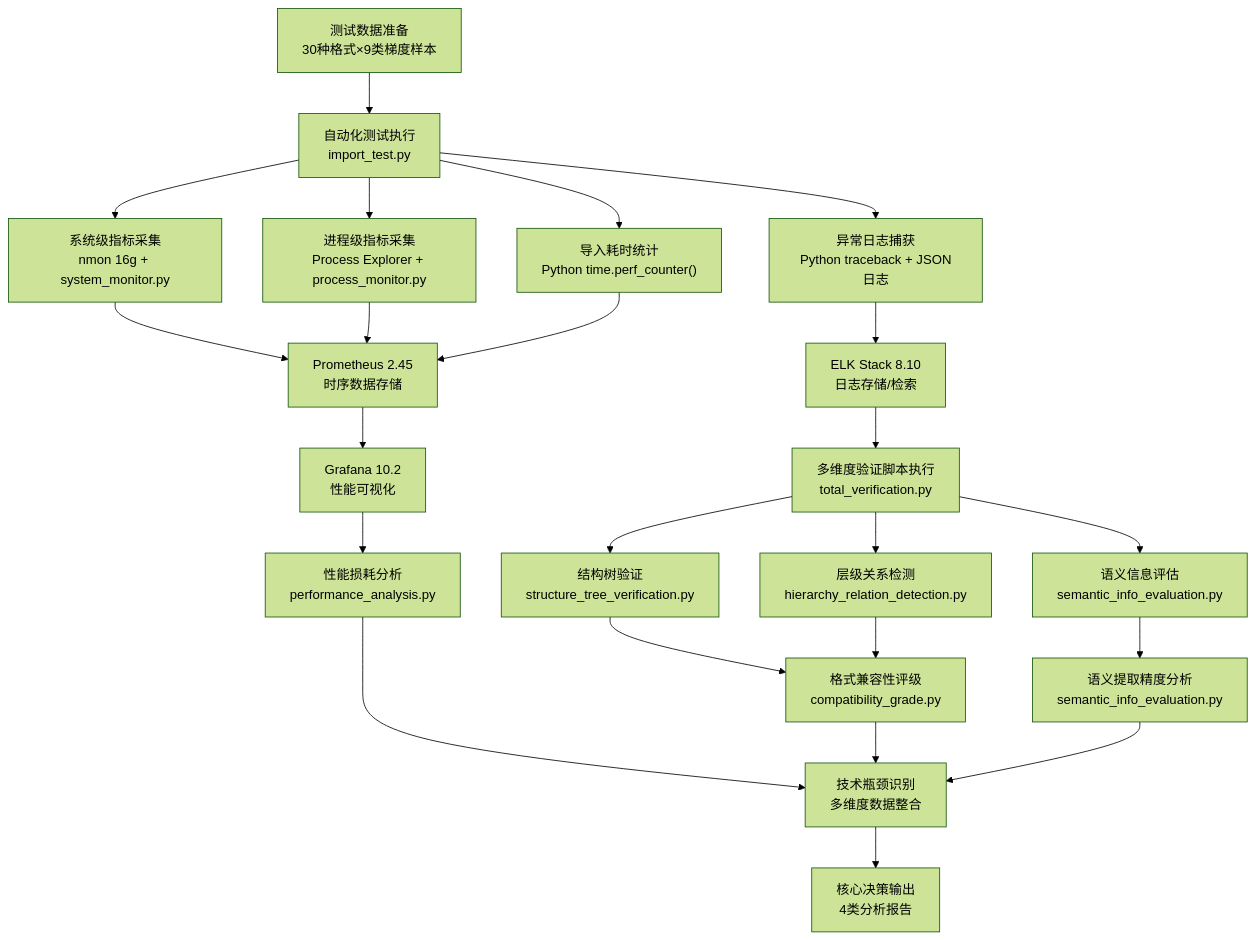
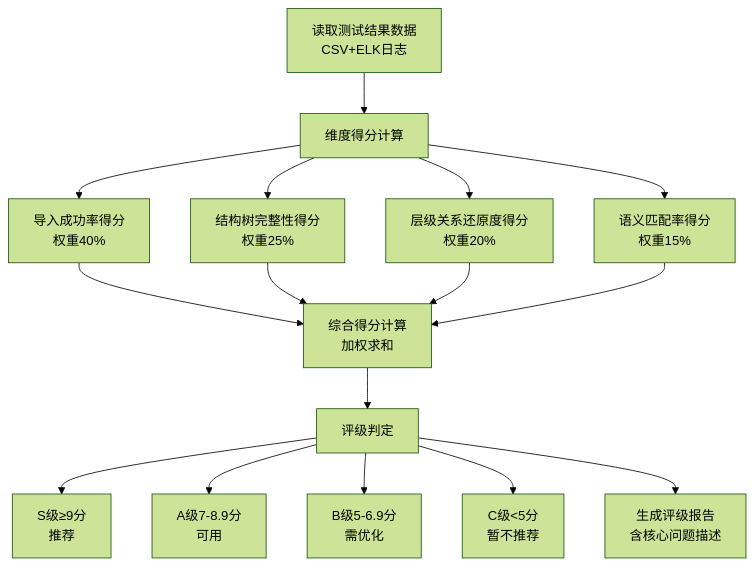
One commit to aston-harden/iodraw-files changed the diagram in all/未命名-2.md. Above: the diagram before and after it, drawn with Mermaid (forest theme).

Commit message:
2026-01-08 14:11:07 update

````diff
--- a/all/未命名-2.md
+++ b/all/未命名-2.md
@@ -1,31 +1,21 @@
 ```mermaid
 graph TD
-    A["测试数据准备<br>30种格式×9类梯度样本"] --> B["自动化测试执行<br>import_test.py"]
-    B --> B1["系统级指标采集<br>nmon 16g + system_monitor.py"]
-    B --> B2["进程级指标采集<br>Process Explorer + process_monitor.py"]
-    B --> B3["导入耗时统计<br>Python time.perf_counter()"]
-    B --> B4["异常日志捕获<br>Python traceback + JSON日志"]
+    A[读取测试结果数据<br>CSV+ELK日志] --> B[维度得分计算]
+    B --> B1[导入成功率得分<br>权重40%]
+    B --> B2[结构树完整性得分<br>权重25%]
+    B --> B3[层级关系还原度得分<br>权重20%]
+    B --> B4[语义匹配率得分<br>权重15%]
     
-    B1 --> C["Prometheus 2.45<br>时序数据存储"]
+    B1 --> C[综合得分计算<br>加权求和]
     B2 --> C
     B3 --> C
-    B4 --> D["ELK Stack 8.10<br>日志存储/检索"]
+    B4 --> C
     
-    C --> E["Grafana 10.2<br>性能可视化"]
-    D --> F["多维度验证脚本执行<br>total_verification.py"]
+    C --> D[评级判定]
+    D --> D1[S级≥9分<br>推荐]
+    D --> D2[A级7-8.9分<br>可用]
+    D --> D3[B级5-6.9分<br>需优化]
+    D --> D4[C级<5分<br>暂不推荐]
     
-    F --> F1["结构树验证<br>structure_tree_verification.py"]
-    F --> F2["层级关系检测<br>hierarchy_relation_detection.py"]
-    F --> F3["语义信息评估<br>semantic_info_evaluation.py"]
-    
-    E --> G1["性能损耗分析<br>performance_analysis.py"]
-    F1 --> G2["格式兼容性评级<br>compatibility_grade.py"]
-    F2 --> G2
-    F3 --> G3["语义提取精度分析<br>semantic_info_evaluation.py"]
-    G1 --> G4["技术瓶颈识别<br>多维度数据整合"]
-    G2 --> G4
-    G3 --> G4
-    
-    G4 --> H["核心决策输出<br>4类分析报告"]
-
+    D --> E[生成评级报告<br>含核心问题描述]
 ```
````
